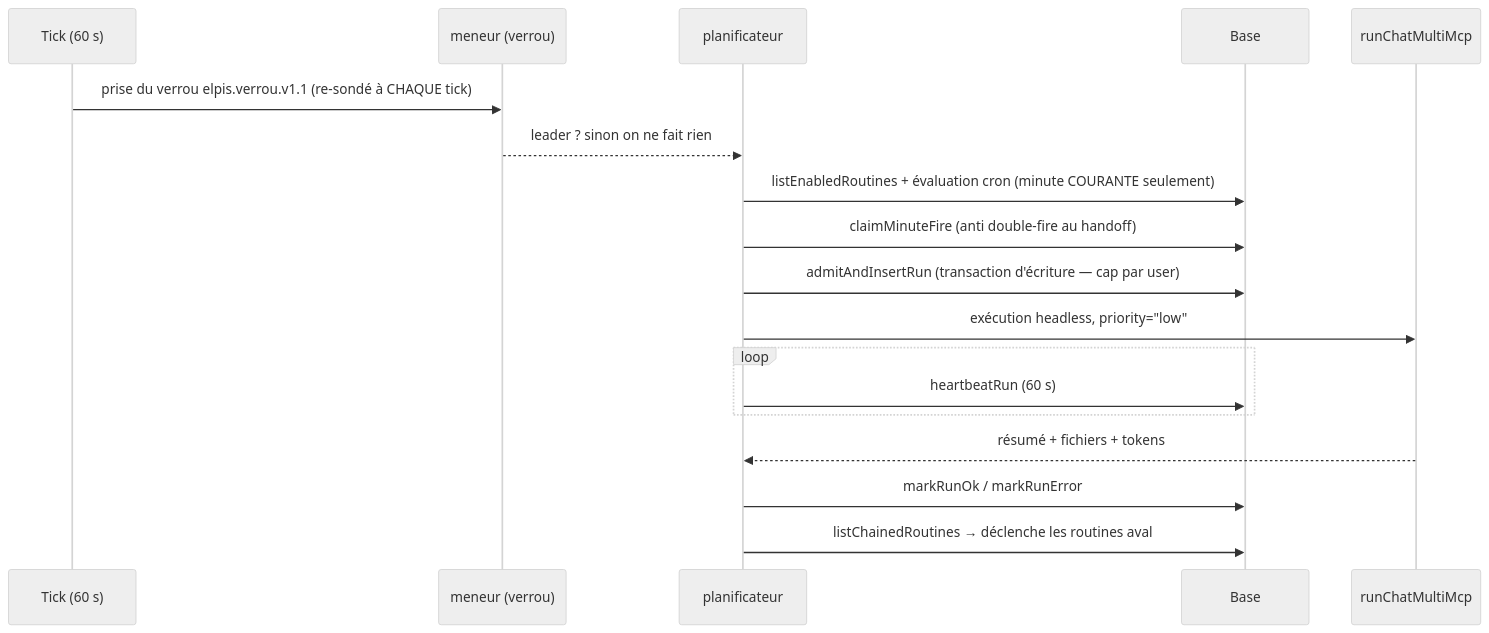
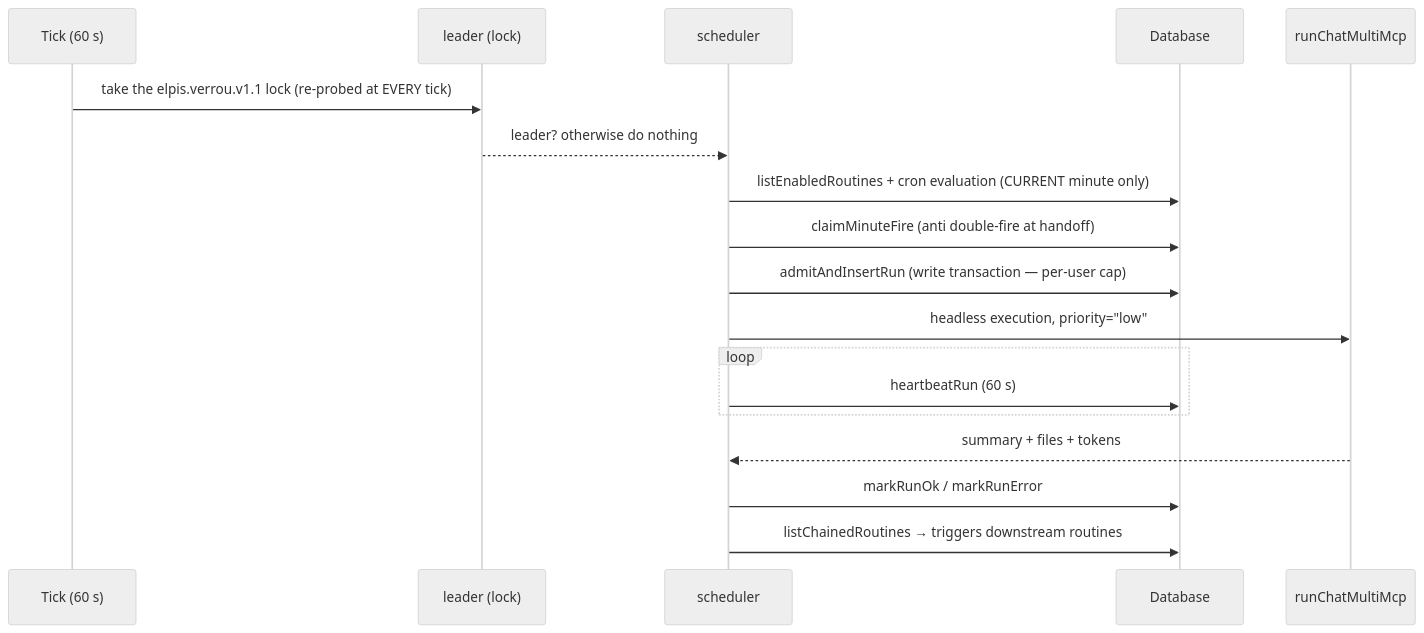
Diagram 16 of 16 in docs/architecture.md (toto-fou/Elpis), drawn with Mermaid (neutral theme) before and after one commit. The commit also changed other lines of this file and 43 other files, not shown here.

````diff
--- a/docs/architecture.md
+++ b/docs/architecture.md
@@ -1672,20 +1674,20 @@
 ```mermaid
 sequenceDiagram
     participant T as Tick (60 s)
-    participant K as meneur (verrou)
-    participant S as planificateur
-    participant D as Base
+    participant K as leader (lock)
+    participant S as scheduler
+    participant D as Database
     participant R as runChatMultiMcp
-    T->>K: prise du verrou elpis.verrou.v1.1 (re-sondé à CHAQUE tick)
-    K-->>S: leader ? sinon on ne fait rien
-    S->>D: listEnabledRoutines + évaluation cron (minute COURANTE seulement)
-    S->>D: claimMinuteFire (anti double-fire au handoff)
-    S->>D: admitAndInsertRun (transaction d'écriture — cap par user)
-    S->>R: exécution headless, priority="low"
+    T->>K: take the elpis.verrou.v1.1 lock (re-probed at EVERY tick)
+    K-->>S: leader? otherwise do nothing
+    S->>D: listEnabledRoutines + cron evaluation (CURRENT minute only)
+    S->>D: claimMinuteFire (anti double-fire at handoff)
+    S->>D: admitAndInsertRun (write transaction — per-user cap)
+    S->>R: headless execution, priority="low"
     loop
         S->>D: heartbeatRun (60 s)
     end
-    R-->>S: résumé + fichiers + tokens
+    R-->>S: summary + files + tokens
     S->>D: markRunOk / markRunError
-    S->>D: listChainedRoutines → déclenche les routines aval
+    S->>D: listChainedRoutines → triggers downstream routines
 ```
````
